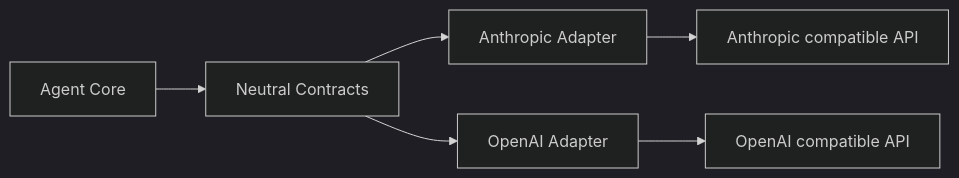
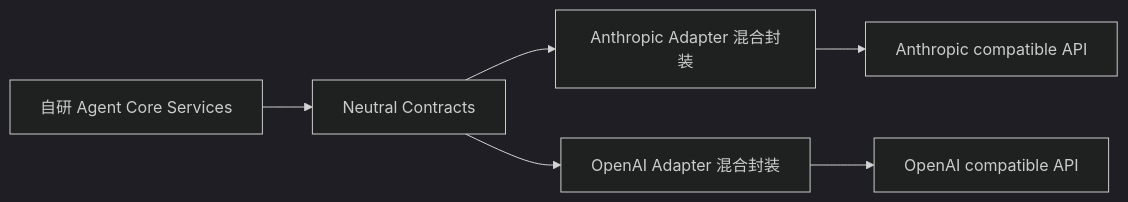
One commit to Wpxknight/agentdemo changed the first of 3 diagrams in docs/design/03-model-and-context.md. Above: the diagram before and after it, drawn with Mermaid (dark theme). The commit also changed other lines of this file and 5 other files, not shown here.

```diff
--- a/docs/design/03-model-and-context.md
+++ b/docs/design/03-model-and-context.md
@@ -16,13 +31,13 @@
 ~~~mermaid
 flowchart LR
-  Agent[Agent Core]
+  Agent[自研 Agent Core Services]
   Neutral[Neutral Contracts]
-  Anthropic[Anthropic Adapter]
-  OpenAI[OpenAI Adapter]
+  Anthropic[Anthropic Adapter 混合封装]
+  OpenAI[OpenAI Adapter 混合封装]
   AAPI[Anthropic compatible API]
   OAPI[OpenAI compatible API]
 
   Agent --> Neutral
   Neutral --> Anthropic --> AAPI
   Neutral --> OpenAI --> OAPI
 ~~~
```
